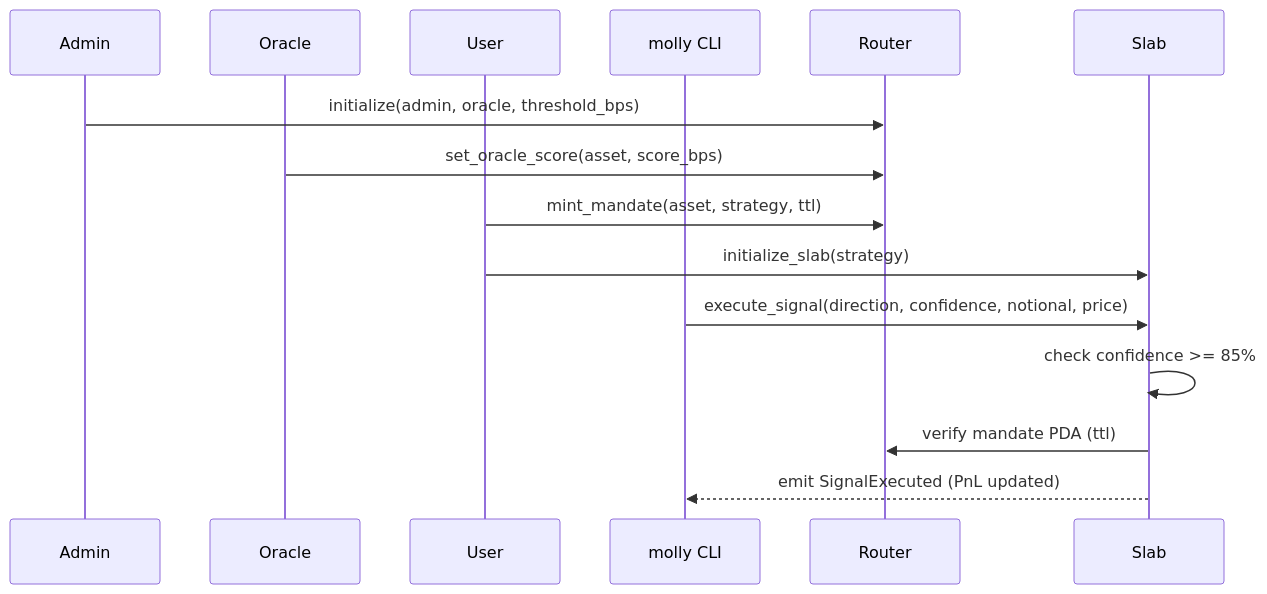
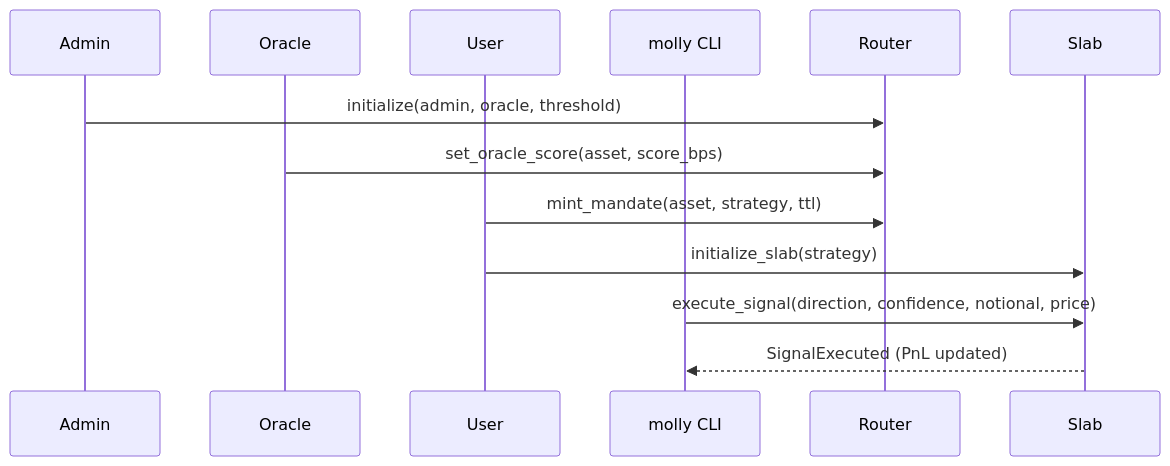
The second of 4 diagrams in README.md (AceAIlov/Mollyslab), drawn with Mermaid before and after one commit. The commit also changed other lines of this file, not shown here.

````diff
--- a/README.md
+++ b/README.md
@@ -124,17 +79,15 @@
 ```mermaid
 sequenceDiagram
   participant Admin
   participant Oracle
   participant User
   participant CLI as molly CLI
   participant Router
   participant Slab
-  Admin->>Router: initialize(admin, oracle, threshold_bps)
+  Admin->>Router: initialize(admin, oracle, threshold)
   Oracle->>Router: set_oracle_score(asset, score_bps)
   User->>Router: mint_mandate(asset, strategy, ttl)
   User->>Slab: initialize_slab(strategy)
   CLI->>Slab: execute_signal(direction, confidence, notional, price)
-  Slab->>Slab: check confidence >= 85%
-  Slab->>Router: verify mandate PDA (ttl)
-  Slab-->>CLI: emit SignalExecuted (PnL updated)
+  Slab-->>CLI: SignalExecuted (PnL updated)
 ```
````
